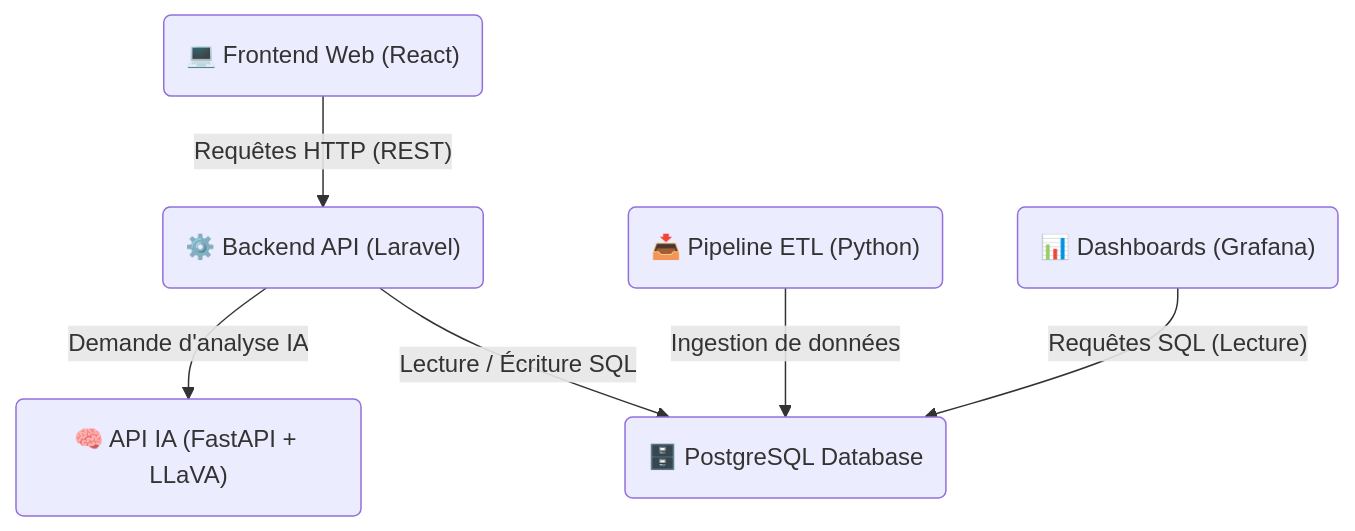
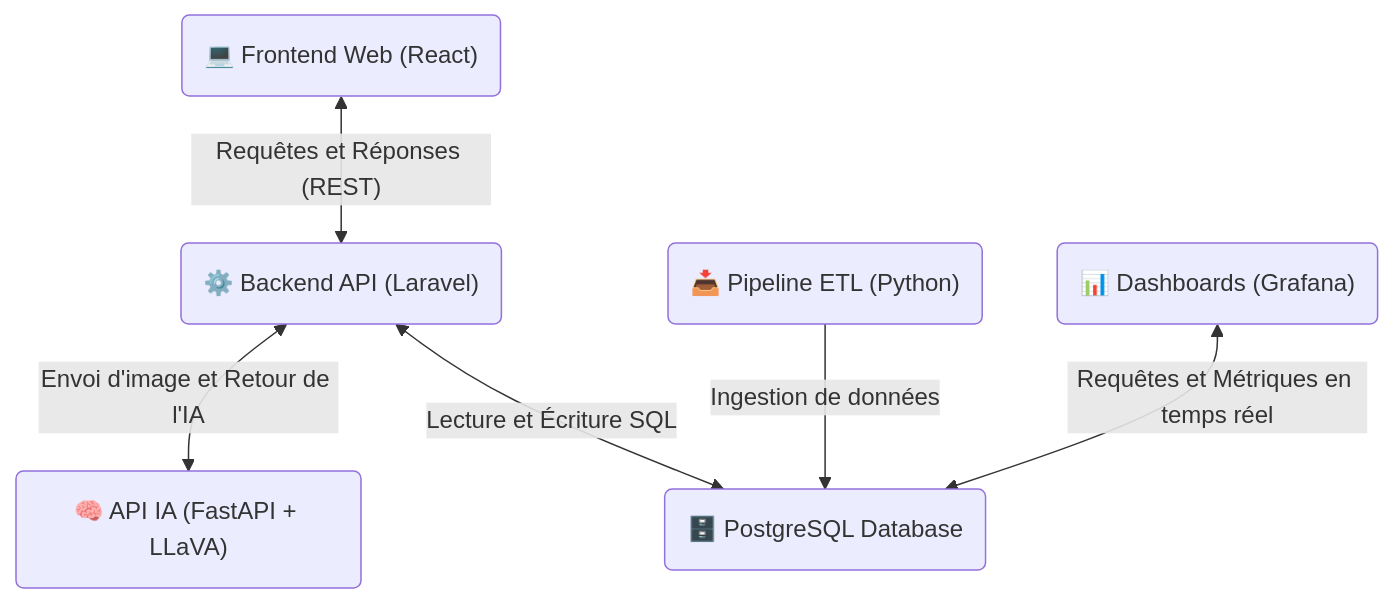
One commit to GroupMSPR/Health-IA-Workspace changed the diagram in README.md. Above: the diagram before and after it, drawn with Mermaid.

````diff
--- a/README.md
+++ b/README.md
@@ -95,21 +95,21 @@
 ```mermaid
 graph TD
     %% Couche Applicative
     Front("💻 Frontend Web (React)")
     Back("⚙️ Backend API (Laravel)")
     IA("🧠 API IA (FastAPI + LLaVA)")
 
     %% Couche Data
     ETL("📥 Pipeline ETL (Python)")
     DB("🗄️ PostgreSQL Database")
     Grafana("📊 Dashboards (Grafana)")
 
     %% Flux Applicatifs (Le Backend au centre)
-    Front -- "Requêtes HTTP (REST)" --> Back
-    Back -- "Demande d'analyse IA" --> IA
+    Front <-->|"Requêtes et Réponses (REST)"| Back
+    Back <-->|"Envoi d'image et Retour de l'IA"| IA
     
     %% Flux de Données (La DB au centre)
-    Back -- "Lecture / Écriture SQL" --> DB
+    Back <-->|"Lecture et Écriture SQL"| DB
     ETL -- "Ingestion de données" --> DB
-    Grafana -- "Requêtes SQL (Lecture)" --> DB
+    Grafana <-->|"Requêtes et Métriques en temps réel"| DB
 ```
````
